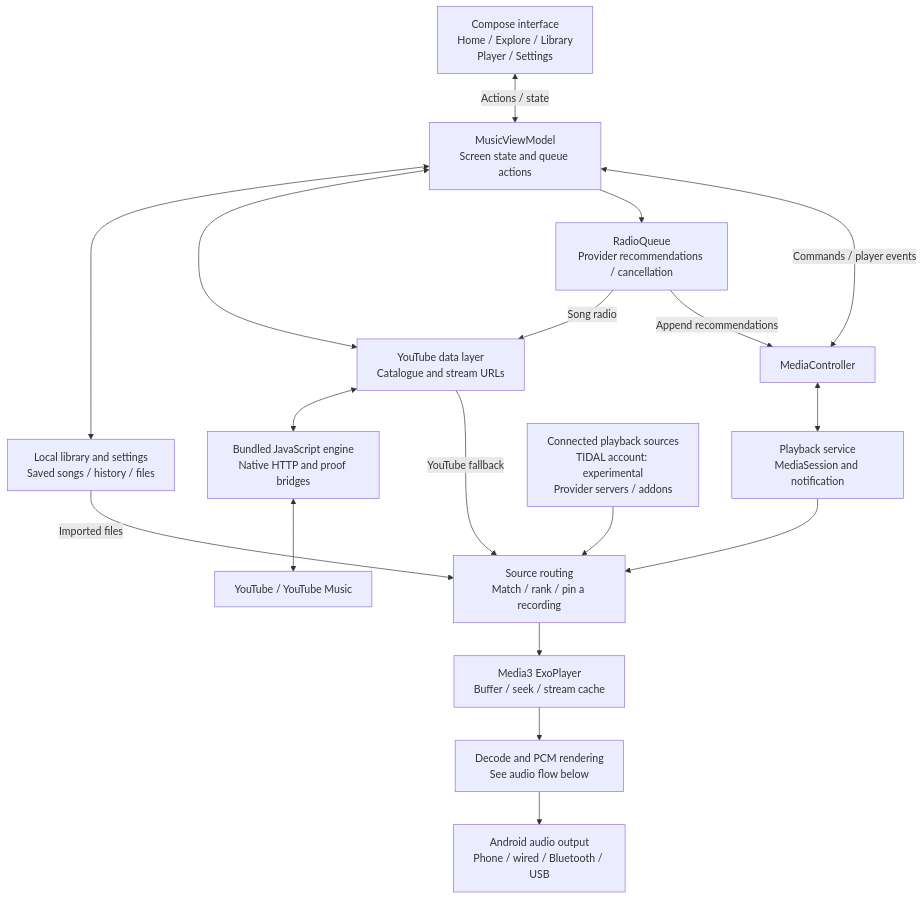
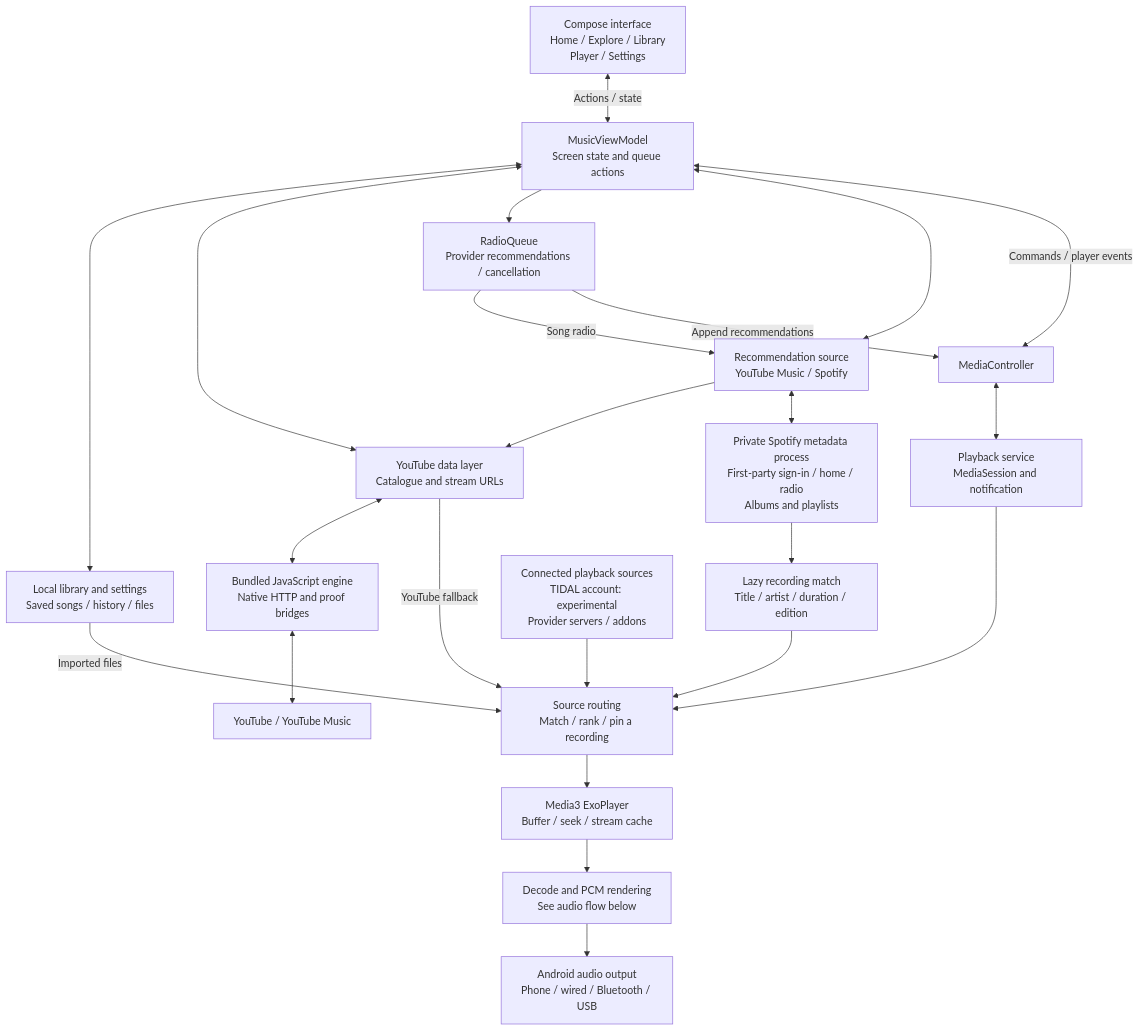
The first of 4 diagrams in README.md (Pradyumna-RN/omni_play), drawn with Mermaid before and after one commit. The commit also changed other lines of this file and 31 other files, not shown here.

Commit message:
Add selectable YouTube and Spotify recommendations with lazy audio matching

````diff
--- a/README.md
+++ b/README.md
@@ -14,22 +14,27 @@
 ```mermaid
 flowchart TB
     UI["Compose interface<br/>Home / Explore / Library<br/>Player / Settings"]
     VM["MusicViewModel<br/>Screen state and queue actions"]
     UI <-->|"Actions / state"| VM
     VM <--> STORE["Local library and settings<br/>Saved songs / history / files"]
     VM <--> YT["YouTube data layer<br/>Catalogue and stream URLs"]
     VM --> RADIO["RadioQueue<br/>Provider recommendations / cancellation"]
-    RADIO -->|"Song radio"| YT
+    VM <--> RECS["Recommendation source<br/>YouTube Music / Spotify"]
+    RADIO -->|"Song radio"| RECS
+    RECS --> YT
+    RECS <--> SPOTIFY["Private Spotify metadata process<br/>First-party sign-in / home / radio<br/>Albums and playlists"]
+    SPOTIFY --> MATCH["Lazy recording match<br/>Title / artist / duration / edition"]
+    MATCH --> SELECT
     RADIO -->|"Append recommendations"| CONTROL
     YT <--> ENGINE["Bundled JavaScript engine<br/>Native HTTP and proof bridges"]
     ENGINE <--> CLOUD["YouTube / YouTube Music"]
     VM <-->|"Commands / player events"| CONTROL["MediaController"]
     CONTROL <--> SERVICE["Playback service<br/>MediaSession and notification"]
     SERVICE --> SELECT["Source routing<br/>Match / rank / pin a recording"]
     STORE -->|"Imported files"| SELECT
     YT -->|"YouTube fallback"| SELECT
     SOURCES["Connected playback sources<br/>TIDAL account: experimental<br/>Provider servers / addons"] --> SELECT
     SELECT --> PLAYER["Media3 ExoPlayer<br/>Buffer / seek / stream cache"]
     PLAYER --> AUDIO["Decode and PCM rendering<br/>See audio flow below"]
     AUDIO --> OUTPUT["Android audio output<br/>Phone / wired / Bluetooth / USB"]
 ```
````
